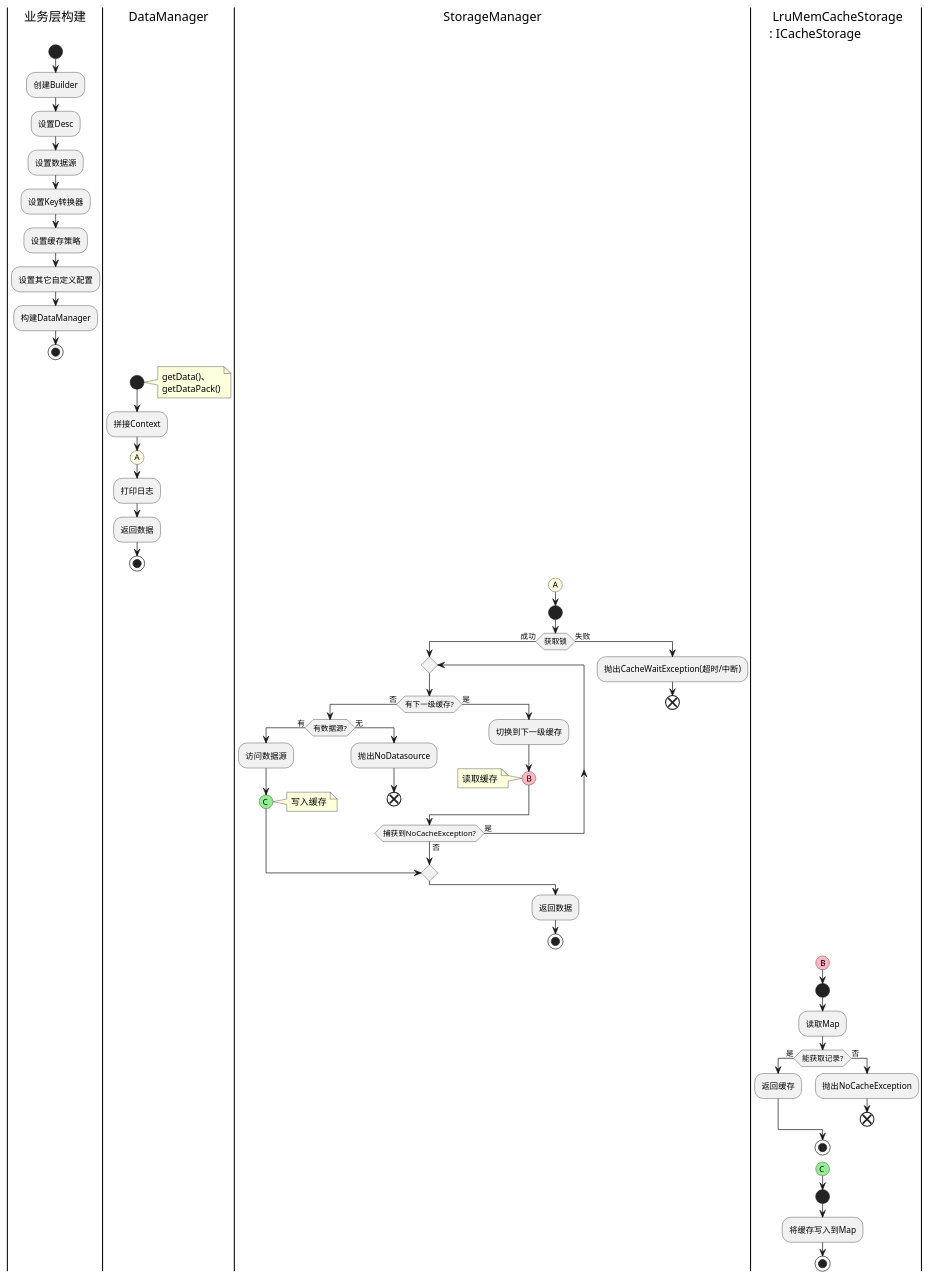
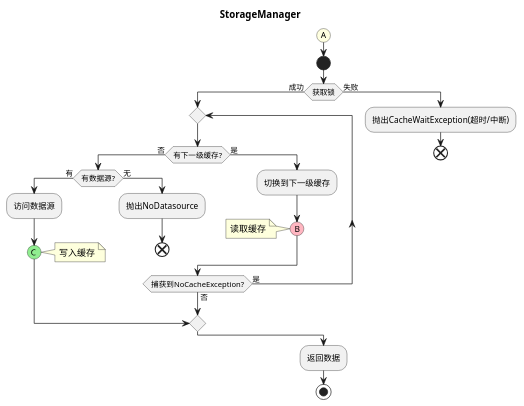
One commit to Soybeany/bd-cachev2 changed the third of 4 diagrams in src/main/resources/uml/数据获取工作流程图.puml. Above: the diagram before and after it, drawn with PlantUML.

Commit message:
将工作流程图拆分为各个子图

```diff
--- a/src/main/resources/uml/数据获取工作流程图.puml
+++ b/src/main/resources/uml/数据获取工作流程图.puml
@@ -1,73 +31,30 @@
 @startuml
-'https://plantuml.com/activity-diagram-beta
+title StorageManager
 
-|业务层构建|
-start
-:创建Builder;
-:设置Desc;
-:设置数据源;
-:设置Key转换器;
-:设置缓存策略;
-:设置其它自定义配置;
-:构建DataManager;
-stop
-
-|DataManager|
-start
-note right
-getData()、
-getDataPack()
-end note
-:拼接Context;
-#lightyellow:(A)
-:打印日志;
-:返回数据;
-stop
-
-|StorageManager|
 #lightyellow:(A)
 start
 if(获取锁) is(成功) then
     repeat
         if (有下一级缓存?) is (否) then
             if (有数据源?) is (有) then
                 :访问数据源;
                 #lightgreen:(C)
                 note right: 写入缓存
                 break
             else (无)
                 :抛出NoDatasource;
                 end
             endif
         else (是)
             :切换到下一级缓存;
             #lightpink:(B)
             note: 读取缓存
         endif
     repeat while (捕获到NoCacheException?) is (是) not (否)
 else (失败)
     :抛出CacheWaitException(超时/中断);
     end
 endif
 :返回数据;
 stop
-
-|mcs| LruMemCacheStorage\n: ICacheStorage
-#lightpink:(B)
-start
-:读取Map;
-if (能获取记录?) is (是) then
-    :返回缓存;
-else (否)
-    :抛出NoCacheException;
-    end
-endif
-stop
-
-|mcs|
-#lightgreen:(C)
-start
-:将缓存写入到Map;
-stop
-
 @enduml
```
